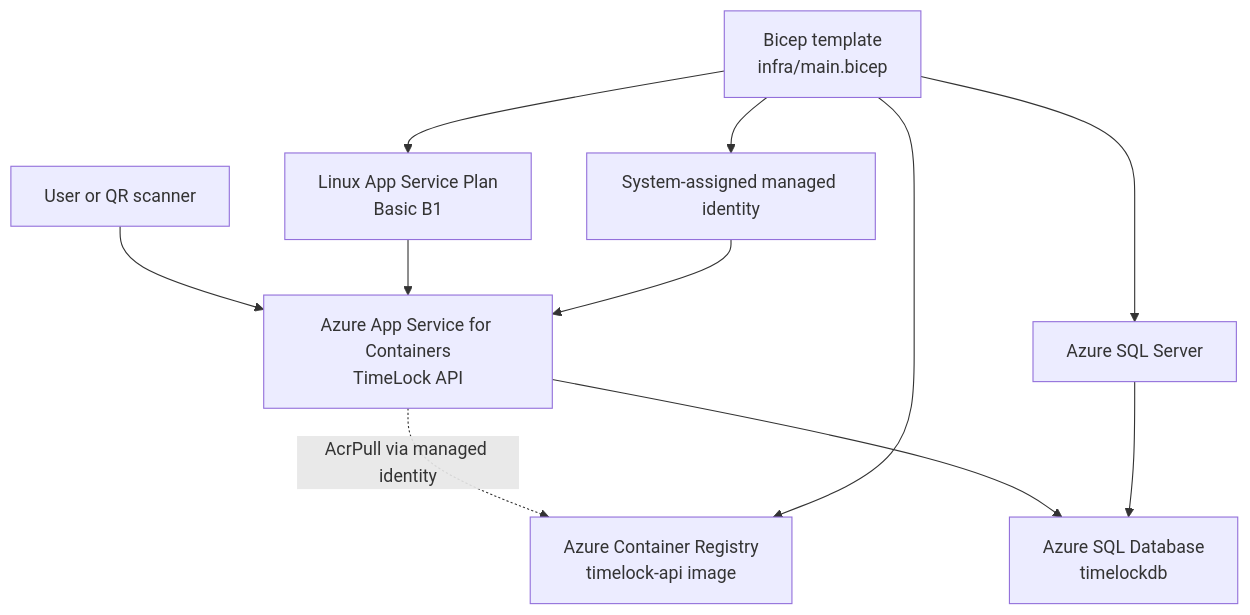
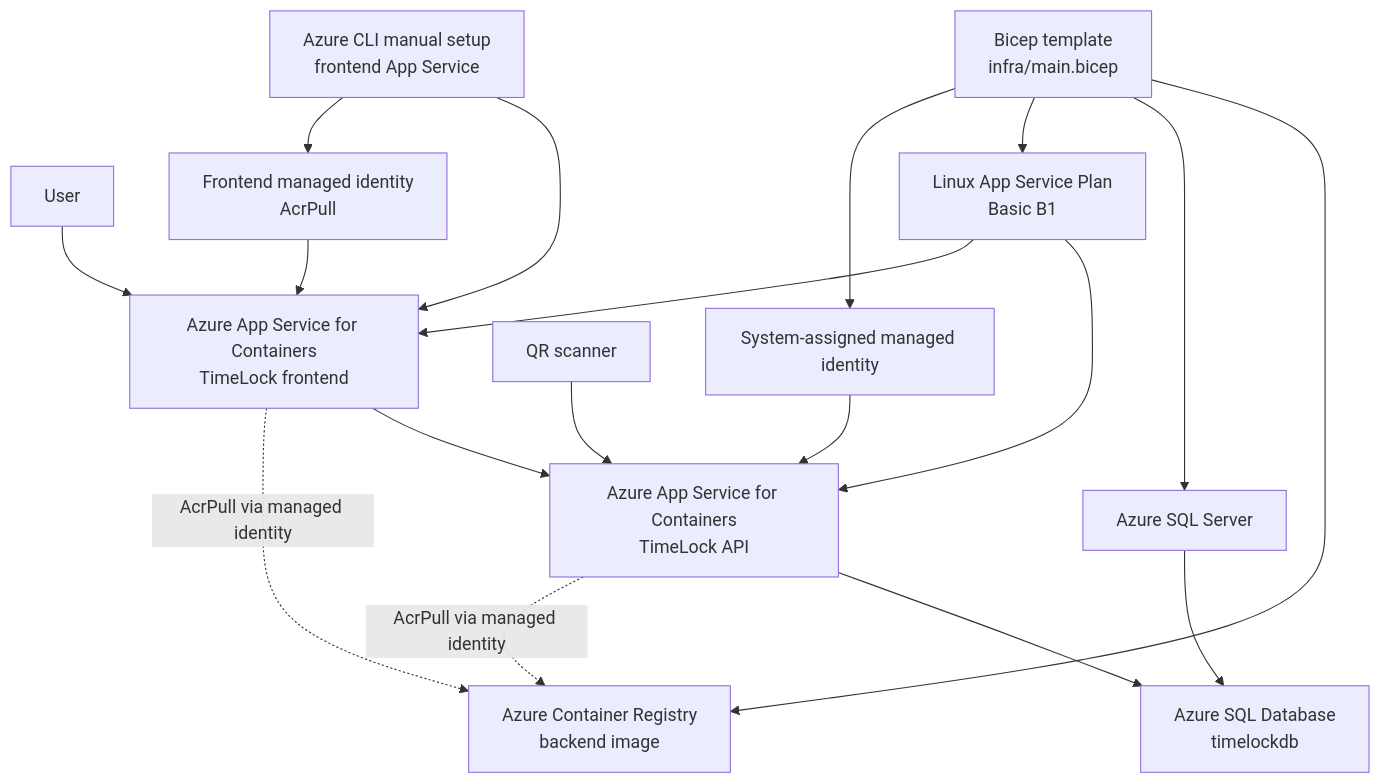
The first of 2 diagrams in README.md (Jahir28/timelock-api), drawn with Mermaid before and after one commit. The commit also changed other lines of this file, not shown here.

Commit message:
frontend,configuraciones y readme actualizado

````diff
--- a/README.md
+++ b/README.md
@@ -19,13 +36,20 @@
 ```mermaid
 flowchart TB
-    user["User or QR scanner"] --> app["Azure App Service for Containers<br/>TimeLock API"]
+    user["User"] --> frontend["Azure App Service for Containers<br/>TimeLock frontend"]
+    qrUser["QR scanner"] --> app["Azure App Service for Containers<br/>TimeLock API"]
+    frontend --> app
     app --> sql["Azure SQL Database<br/>timelockdb"]
-    app -. "AcrPull via managed identity" .-> acr["Azure Container Registry<br/>timelock-api image"]
+    frontend -. "AcrPull via managed identity" .-> acr["Azure Container Registry<br/>frontend image"]
+    app -. "AcrPull via managed identity" .-> acr["Azure Container Registry<br/>backend image"]
     bicep["Bicep template<br/>infra/main.bicep"] --> acr
     bicep --> sqlServer["Azure SQL Server"]
     sqlServer --> sql
     bicep --> plan["Linux App Service Plan<br/>Basic B1"]
     plan --> app
+    cli["Azure CLI manual setup<br/>frontend App Service"] --> frontend
+    plan --> frontend
     bicep --> identity["System-assigned managed identity"]
     identity --> app
+    cli --> frontendIdentity["Frontend managed identity<br/>AcrPull"]
+    frontendIdentity --> frontend
 ```
````
